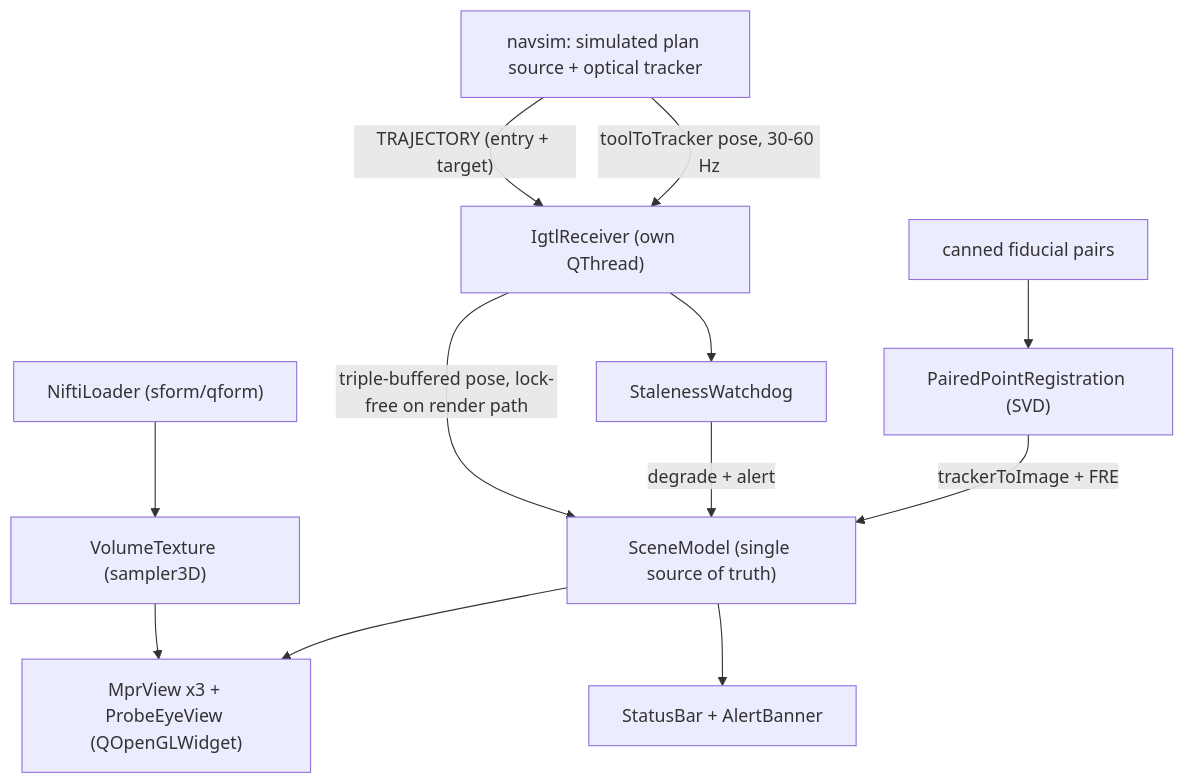
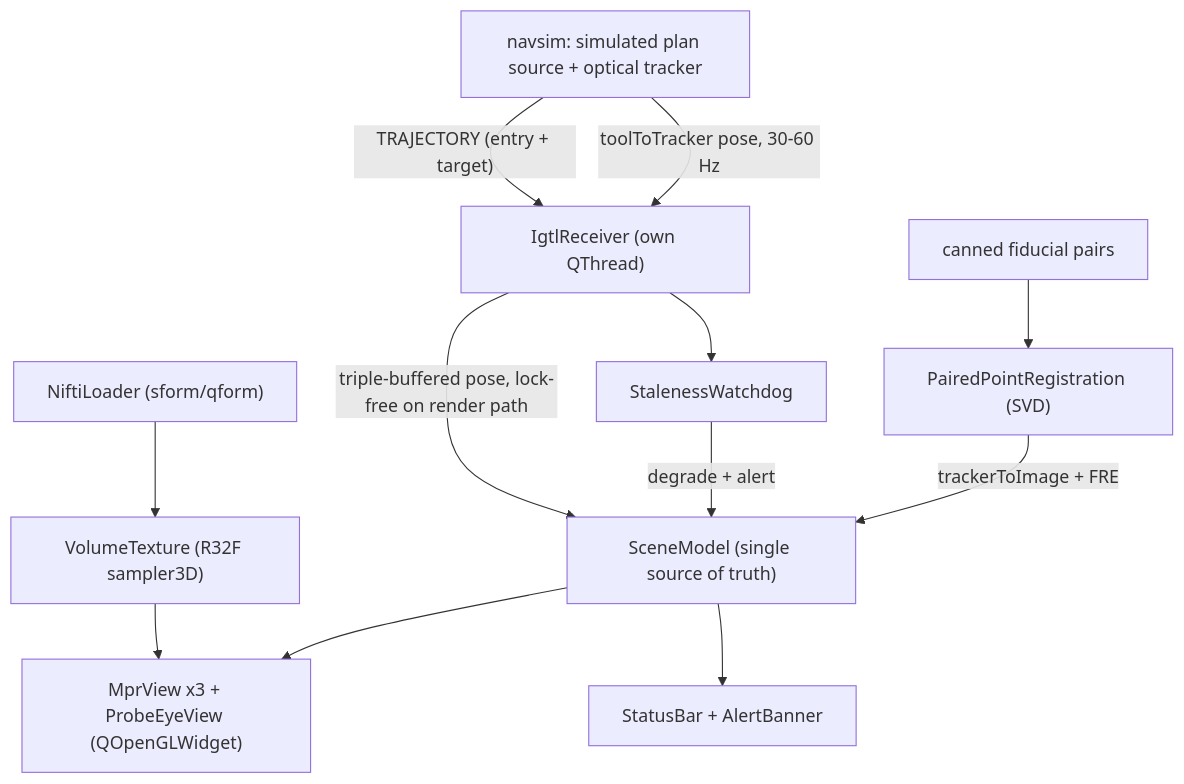
One commit to Suhaim01/Neuro-Navigation-Console changed the diagram in README.md. Above: the diagram before and after it, drawn with Mermaid. The commit also changed other lines of this file and 11 other files, not shown here.

````diff
--- a/README.md
+++ b/README.md
@@ -32,17 +32,17 @@
 ```mermaid
 flowchart TD
   navsim["navsim: simulated plan source + optical tracker"]
   navsim -->|"TRAJECTORY (entry + target)"| rx
   navsim -->|"toolToTracker pose, 30-60 Hz"| rx
   rx["IgtlReceiver (own QThread)"]
   rx -->|"triple-buffered pose, lock-free on render path"| scene
   rx --> wd["StalenessWatchdog"]
   wd -->|"degrade + alert"| scene
   pairs["canned fiducial pairs"] --> reg["PairedPointRegistration (SVD)"]
   reg -->|"trackerToImage + FRE"| scene
-  nifti["NiftiLoader (sform/qform)"] --> vol["VolumeTexture (sampler3D)"]
+  nifti["NiftiLoader (sform/qform)"] --> vol["VolumeTexture (R32F sampler3D)"]
   vol --> views
   scene["SceneModel (single source of truth)"]
   scene --> views["MprView x3 + ProbeEyeView (QOpenGLWidget)"]
   scene --> status["StatusBar + AlertBanner"]
 ```
````
